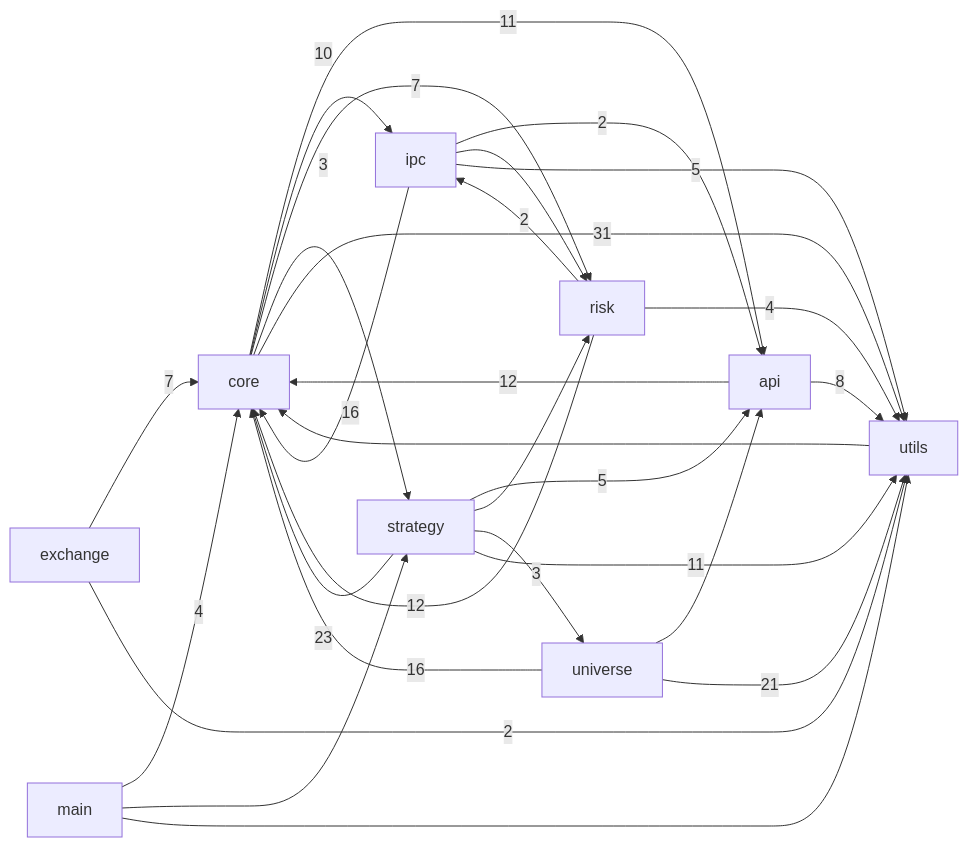
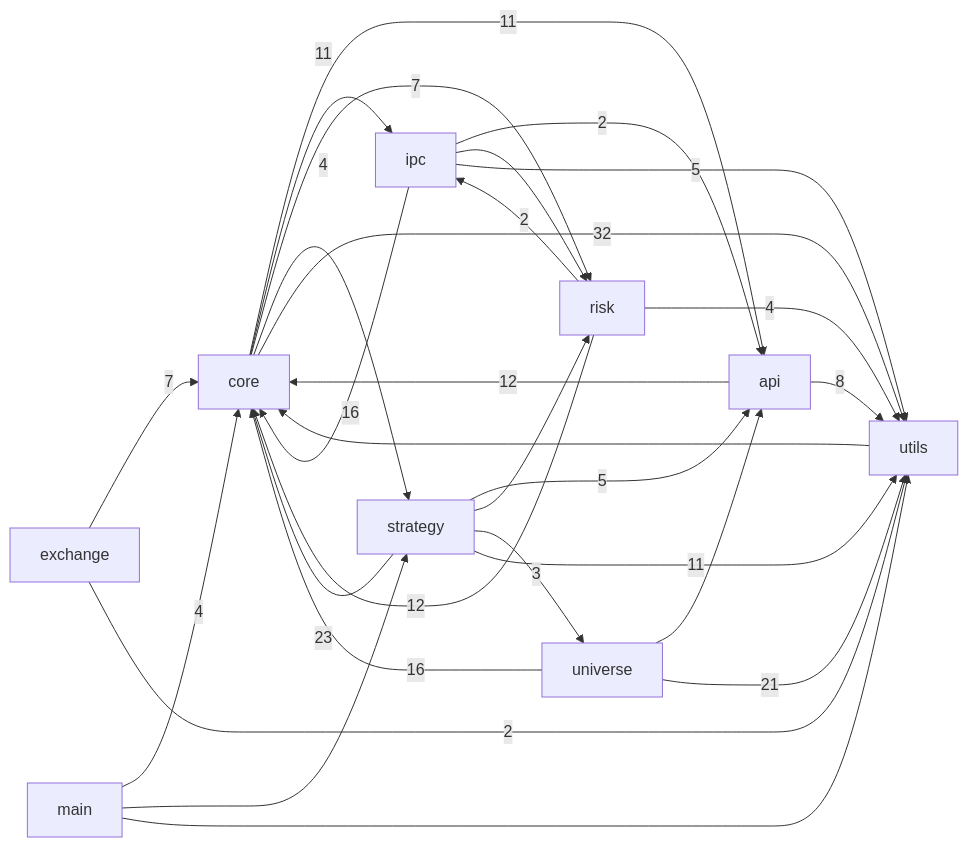
Before and after one commit to pypy8171/Quant: the first of 3 diagrams in docs/CODE_GRAPH.md, drawn with Mermaid. The commit also changed other lines of this file and 17 other files, not shown here.

````diff
--- a/docs/CODE_GRAPH.md
+++ b/docs/CODE_GRAPH.md
@@ -10,40 +10,40 @@
 ```mermaid
 graph LR
   main[main]
   core[core]
   strategy[strategy]
   api[api]
   universe[universe]
   risk[risk]
   ipc[ipc]
   utils[utils]
   exchange[exchange]
   api -->|12| core
   api -->|8| utils
   core -->|11| api
-  core -->|10| ipc
+  core -->|11| ipc
   core -->|7| risk
-  core -->|3| strategy
-  core -->|31| utils
+  core -->|4| strategy
+  core -->|32| utils
   exchange -->|7| core
   exchange -->|2| utils
   ipc -->|2| api
   ipc -->|16| core
   ipc --> risk
   ipc -->|5| utils
   main -->|4| core
   main --> strategy
   main --> utils
   risk -->|12| core
   risk -->|2| ipc
   risk -->|4| utils
   strategy -->|5| api
   strategy -->|23| core
   strategy --> risk
   strategy -->|3| universe
   strategy -->|11| utils
   universe --> api
   universe -->|16| core
   universe -->|21| utils
   utils --> core
 ```
````
